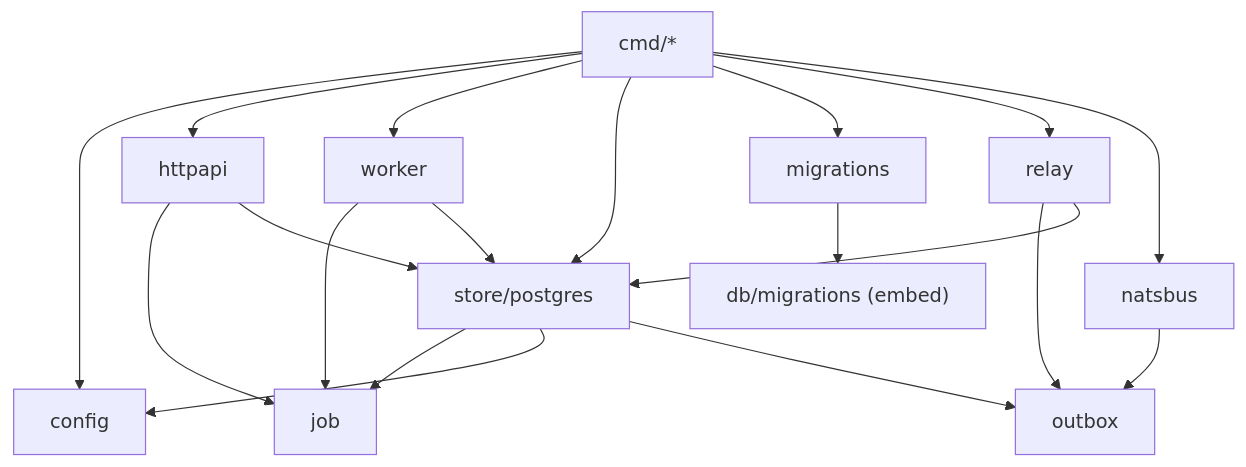
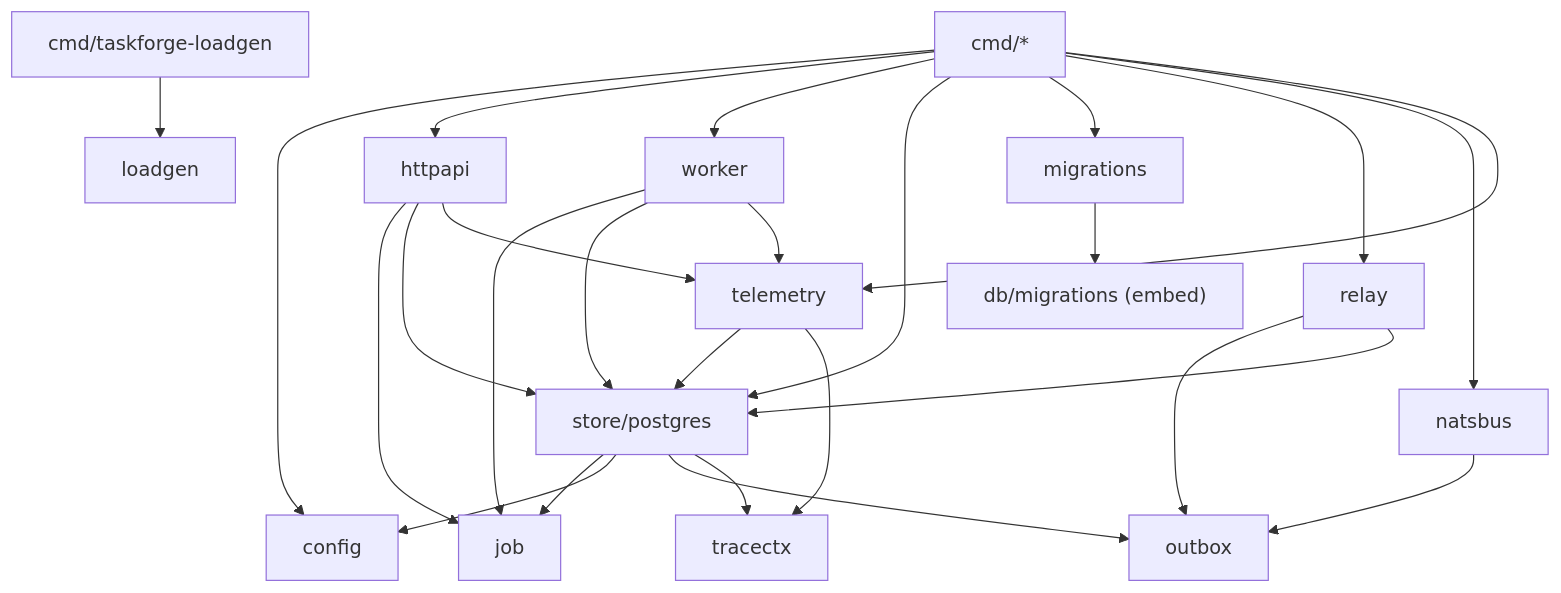
One commit to Nuryanfa/TaskForge changed the second of 9 diagrams in docs/DESIGN.md. Above: the diagram before and after it, drawn with Mermaid. The commit also changed other lines of this file and 10 other files, not shown here.

````diff
--- a/docs/DESIGN.md
+++ b/docs/DESIGN.md
@@ -101,21 +106,28 @@
 ```mermaid
 flowchart TD
     cmd["cmd/*"] --> config
     cmd --> httpapi
     cmd --> worker
     cmd --> postgres["store/postgres"]
     cmd --> migrations
     httpapi --> job
     httpapi --> postgres
     worker --> job
     worker --> postgres
     postgres --> job
     postgres --> config
     migrations --> dbm["db/migrations (embed)"]
     cmd --> relay
     cmd --> natsbus
     relay --> outbox
     relay --> postgres
     natsbus --> outbox
     postgres --> outbox
+    cmd --> telemetry
+    httpapi --> telemetry
+    worker --> telemetry
+    telemetry --> postgres
+    telemetry --> tracectx
+    postgres --> tracectx
+    loadgencmd["cmd/taskforge-loadgen"] --> loadgen
 ```
````
